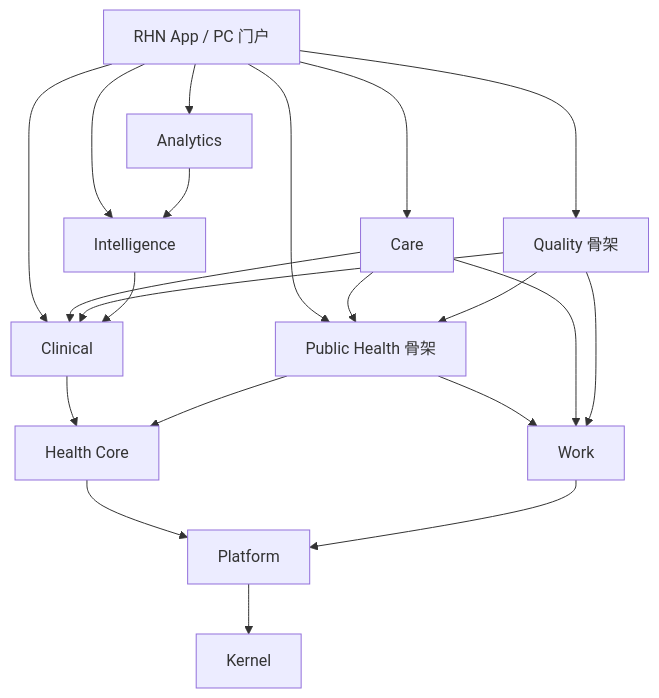
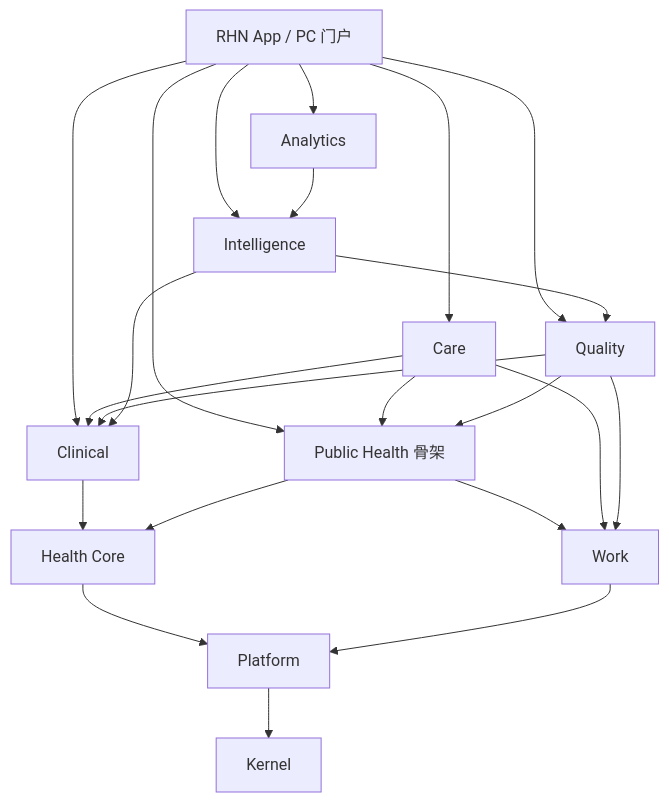
Before and after one commit to yangli216/rhn: the diagram in docs/architecture/RHN2.0模块架构.md, drawn with Mermaid. The commit also changed other lines of this file and 13 other files, not shown here.

````diff
--- a/docs/architecture/RHN2.0模块架构.md
+++ b/docs/architecture/RHN2.0模块架构.md
@@ -38,23 +38,24 @@
 ```mermaid
 flowchart TB
     App[RHN App / PC 门户] --> Clinical[Clinical]
     App --> Care[Care]
     App --> PH[Public Health 骨架]
-    App --> Quality[Quality 骨架]
+    App --> Quality[Quality]
     App --> AI[Intelligence]
     App --> Analytics[Analytics]
     Care --> Clinical
     Care --> PH
     Quality --> Clinical
     Quality --> PH
     AI --> Clinical
+    AI --> Quality
     Analytics --> AI
     Clinical --> Health[Health Core]
     PH --> Health
     PH --> Work[Work]
     Care --> Work
     Quality --> Work
     Health --> Platform[Platform]
     Work --> Platform
     Platform --> Kernel[Kernel]
 ```
````
